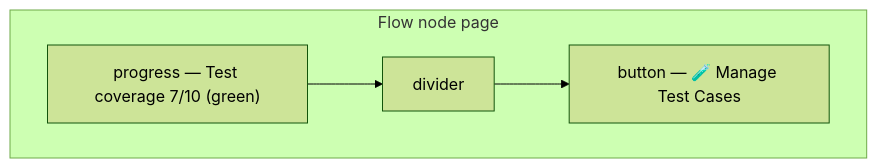
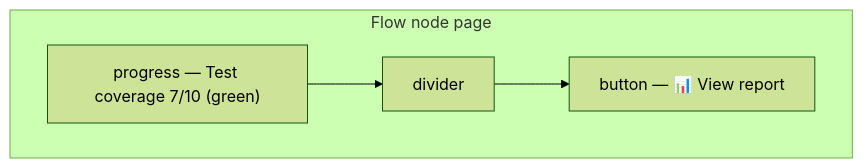
The second of 3 diagrams in testcanvas-core/docs/pubblic/docs/object-widgets-user-guide.md (trezzano/testcanvas), drawn with Mermaid (forest theme) before and after one commit. The commit also changed other lines of this file and 14 other files, not shown here.

````diff
--- a/testcanvas-core/docs/pubblic/docs/object-widgets-user-guide.md
+++ b/testcanvas-core/docs/pubblic/docs/object-widgets-user-guide.md
@@ -194,9 +194,9 @@
 ```mermaid
 flowchart TB
     subgraph Node["Flow node page"]
         P["progress — Test coverage 7/10 (green)"]
         D["divider"]
-        B["button — 🧪 Manage Test Cases"]
+        B["button — 📊 View report"]
     end
     P --> D --> B
 ```
````
